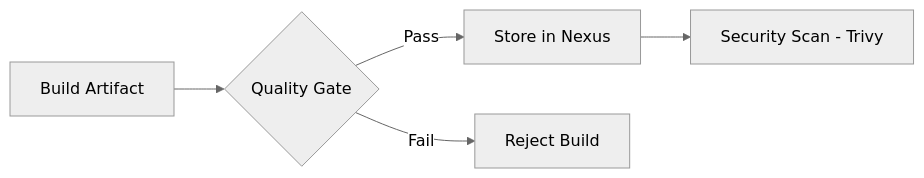
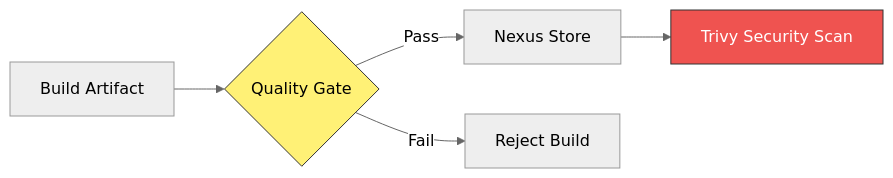
The diagram in devops-tools/README.md (kloudtechvizag/cloud-devops-interview-prep), drawn with Mermaid (neutral theme) before and after one commit. The commit also changed other lines of this file and 20 other files, not shown here.

````diff
--- a/devops-tools/README.md
+++ b/devops-tools/README.md
@@ -26,7 +8,9 @@
 ```mermaid
 graph LR
     A[Build Artifact] --> B{Quality Gate}
-    B -- Pass --> C[Store in Nexus]
+    B -- Pass --> C[Nexus Store]
     B -- Fail --> D[Reject Build]
-    C --> E[Security Scan - Trivy]
+    C --> E[Trivy Security Scan]
+    style B fill:#fff176,stroke:#333
+    style E fill:#ef5350,stroke:#333,color:#fff
 ```
````
